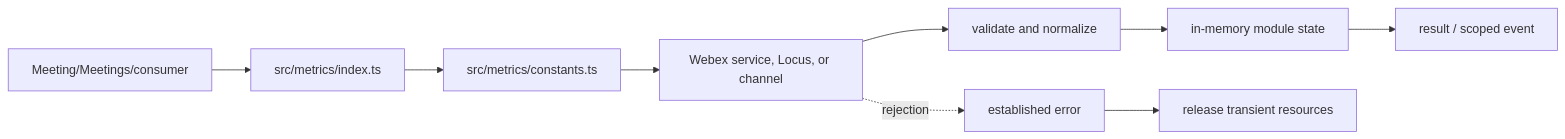
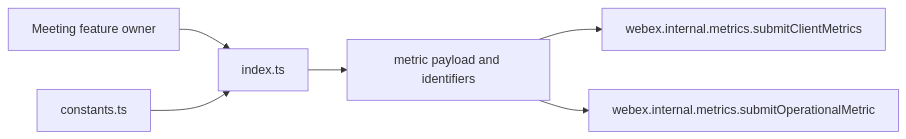
The first of 4 diagrams in packages/@webex/plugin-meetings/src/metrics/ai-docs/metrics-spec.md (webex/webex-js-sdk), drawn with Mermaid before and after one commit. The commit also changed other lines of this file and 26 other files, not shown here.

````diff
--- a/packages/@webex/plugin-meetings/src/metrics/ai-docs/metrics-spec.md
+++ b/packages/@webex/plugin-meetings/src/metrics/ai-docs/metrics-spec.md
@@ -96,11 +96,8 @@
 ```mermaid
 flowchart LR
-  Caller[Meeting/Meetings/consumer] --> Entry[src/metrics/index.ts]
-  Entry --> Support[src/metrics/constants.ts]
-  Support --> Boundary[Webex service, Locus, or channel]
-  Boundary --> Normalize[validate and normalize]
-  Normalize --> State[in-memory module state]
-  State --> Output[result / scoped event]
-  Boundary -. rejection .-> Error[established error]
-  Error --> Cleanup[release transient resources]
+  Owner[Meeting feature owner] --> Metrics[index.ts]
+  Constants[constants.ts] --> Metrics
+  Metrics --> Normalize[metric payload and identifiers]
+  Normalize --> Behavioral[webex.internal.metrics.submitClientMetrics]
+  Normalize --> Operational[webex.internal.metrics.submitOperationalMetric]
 ```
````
